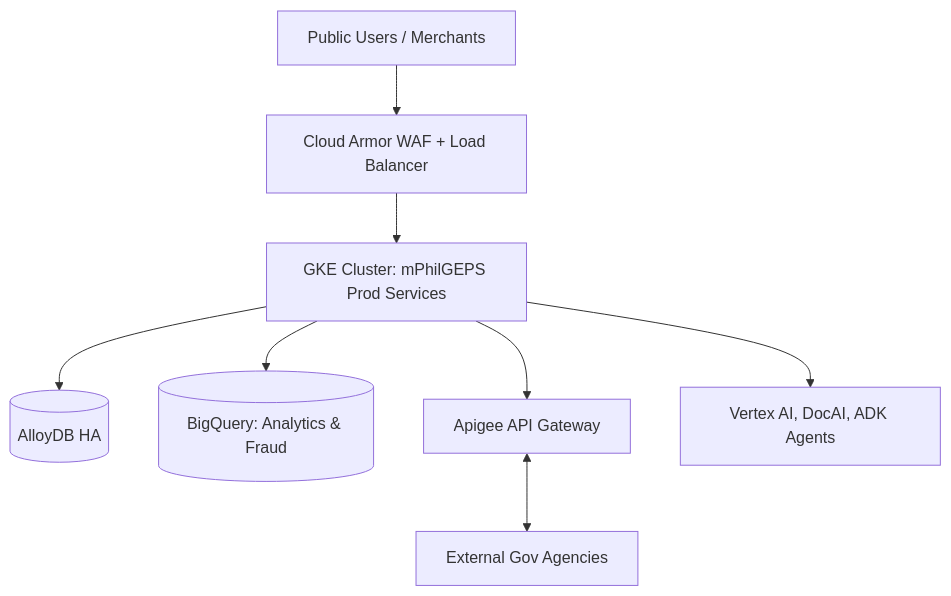
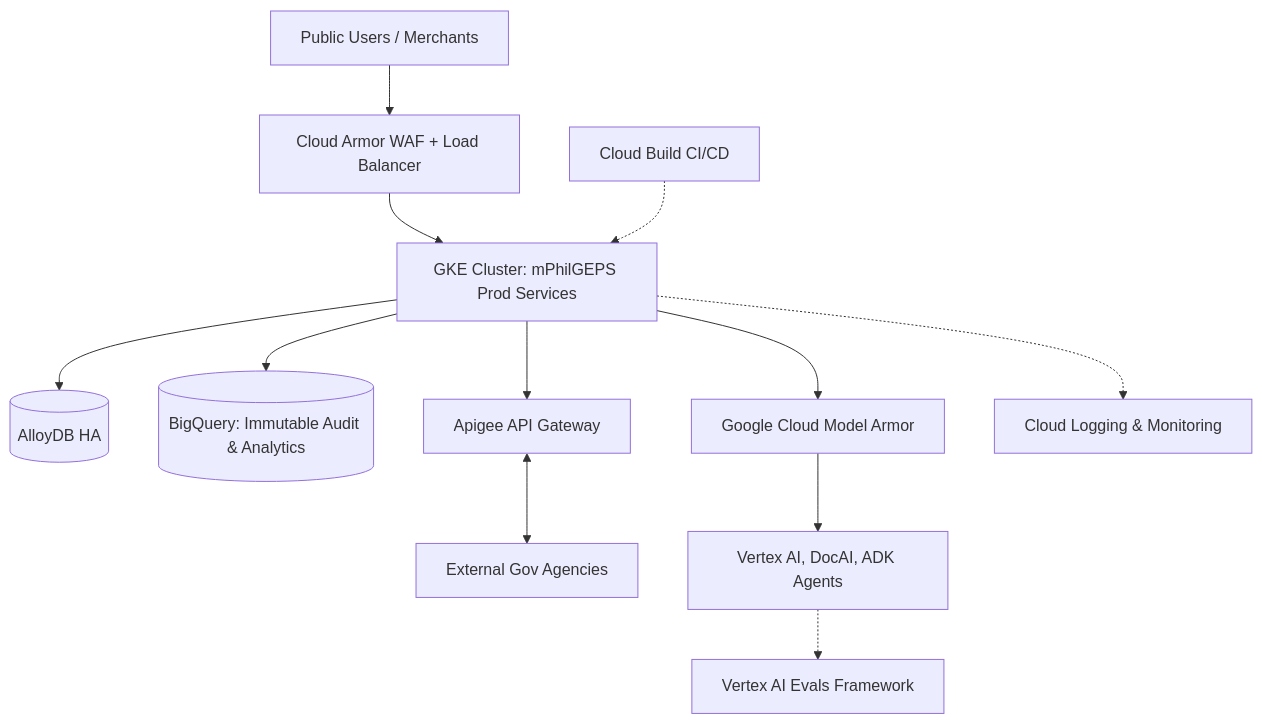
One commit to markea/psdbm-philgeps-2026 changed the third of 3 diagrams in mPhilGEPS_GoogleCloud_TDD.md. Above: the diagram before and after it, drawn with Mermaid. The commit also changed other lines of this file, not shown here.

Commit message:
[Owl] Harden TDD: Model Armor, Evals, CI/CD, and COA Audit Trails

````diff
--- a/mPhilGEPS_GoogleCloud_TDD.md
+++ b/mPhilGEPS_GoogleCloud_TDD.md
@@ -85,10 +91,14 @@
 ```mermaid
 graph TD
     Public[Public Users / Merchants] --> Armor[Cloud Armor WAF + Load Balancer]
     Armor --> GKE[GKE Cluster: mPhilGEPS Prod Services]
     GKE --> AlloyDB[(AlloyDB HA)]
-    GKE --> BQ[(BigQuery: Analytics & Fraud)]
+    GKE --> BQ[(BigQuery: Immutable Audit & Analytics)]
     GKE --> Apigee[Apigee API Gateway]
     Apigee <--> Ext[External Gov Agencies]
-    GKE --> AI[Vertex AI, DocAI, ADK Agents]
+    GKE --> ModelArmor[Google Cloud Model Armor]
+    ModelArmor --> AI[Vertex AI, DocAI, ADK Agents]
+    AI -.-> Evals[Vertex AI Evals Framework]
+    GKE -.-> Obs[Cloud Logging & Monitoring]
+    CI[Cloud Build CI/CD] -.-> GKE
 ```
````
